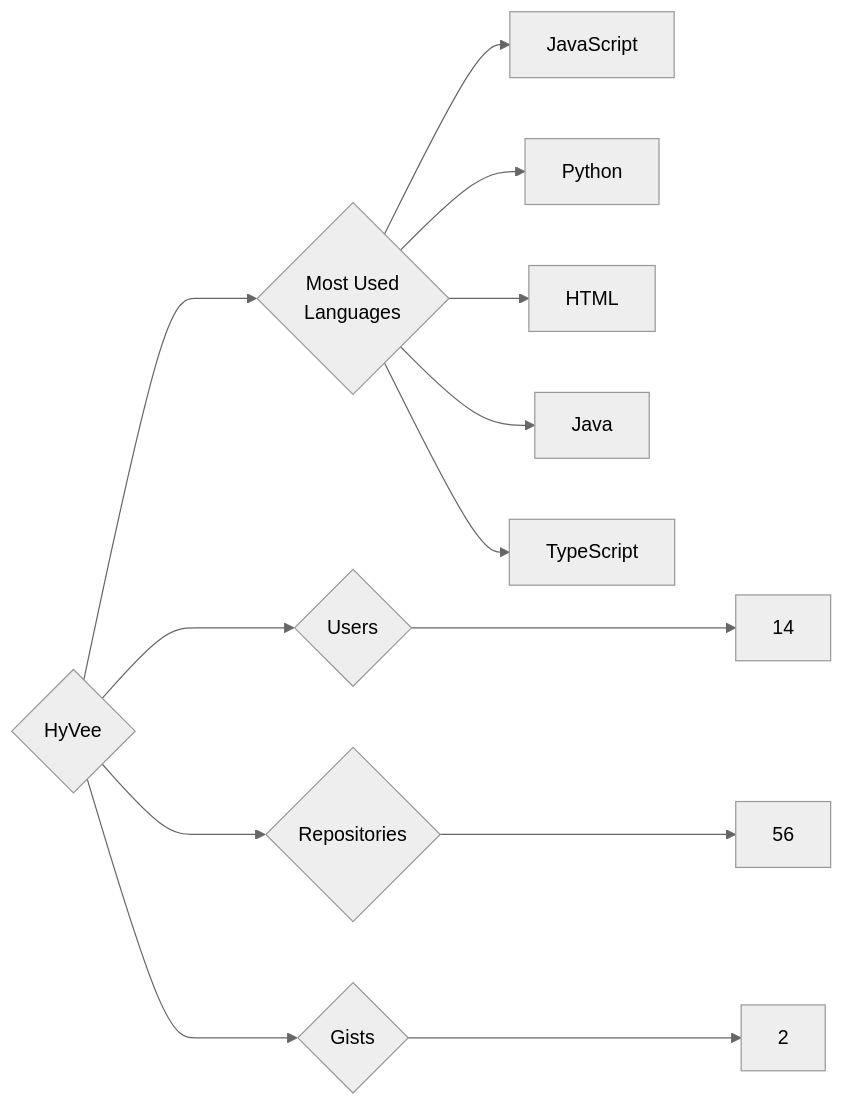
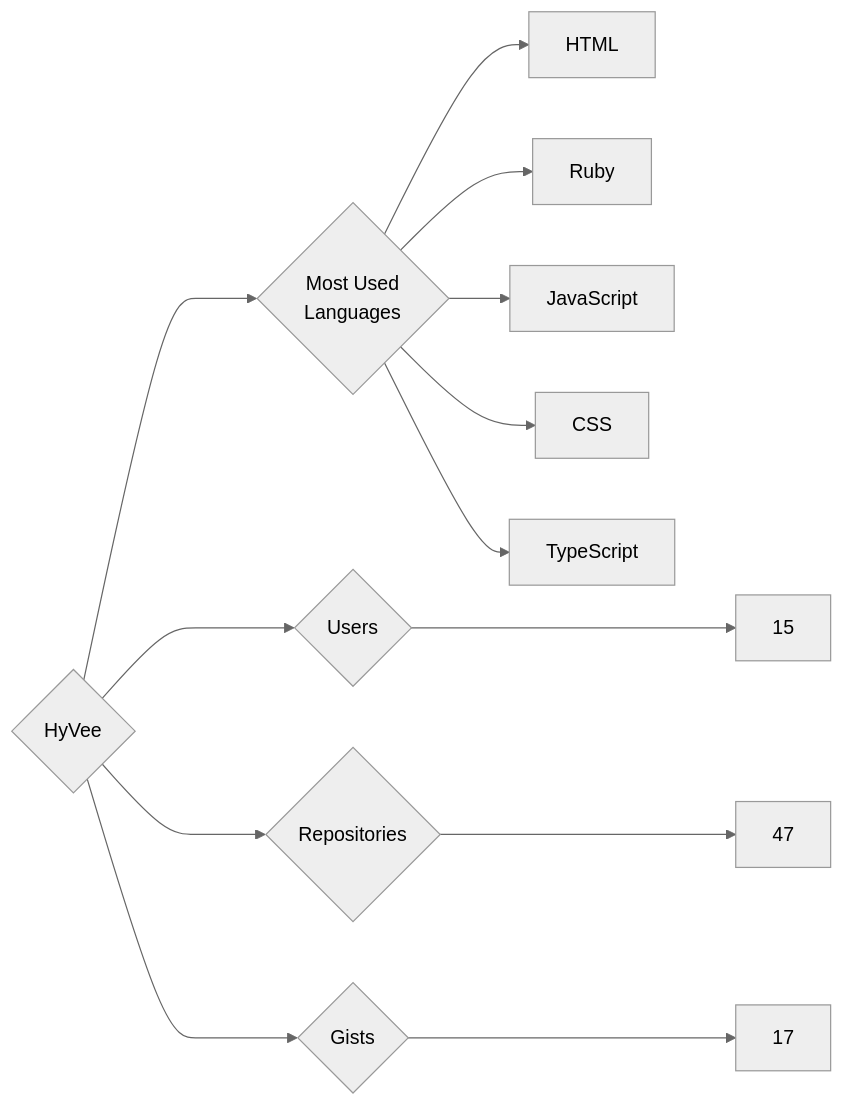
Before and after one commit to trickest/insiders: the diagram in targets/HyVee/README.md, drawn with Mermaid (neutral theme). The commit also changed 951 other files, not shown here.

````diff
--- a/targets/HyVee/README.md
+++ b/targets/HyVee/README.md
@@ -3,13 +3,13 @@
 ```mermaid
 graph LR
 COMPANY_NAME{HyVee}
-COMPANY_NAME ---> U{Users} ---> UN[14]
-COMPANY_NAME ---> R{Repositories} ---> RN[56]
-COMPANY_NAME ---> G{Gists} ---> GN[2]
+COMPANY_NAME ---> U{Users} ---> UN[15]
+COMPANY_NAME ---> R{Repositories} ---> RN[47]
+COMPANY_NAME ---> G{Gists} ---> GN[17]
 COMPANY_NAME ---> ML{Most Used<br>Languages}
+ML --> HTML[HTML]
+ML --> Ruby[Ruby]
 ML --> JavaScript[JavaScript]
-ML --> Python[Python]
-ML --> HTML[HTML]
-ML --> Java[Java]
+ML --> CSS[CSS]
 ML --> TypeScript[TypeScript]
 ```
````
